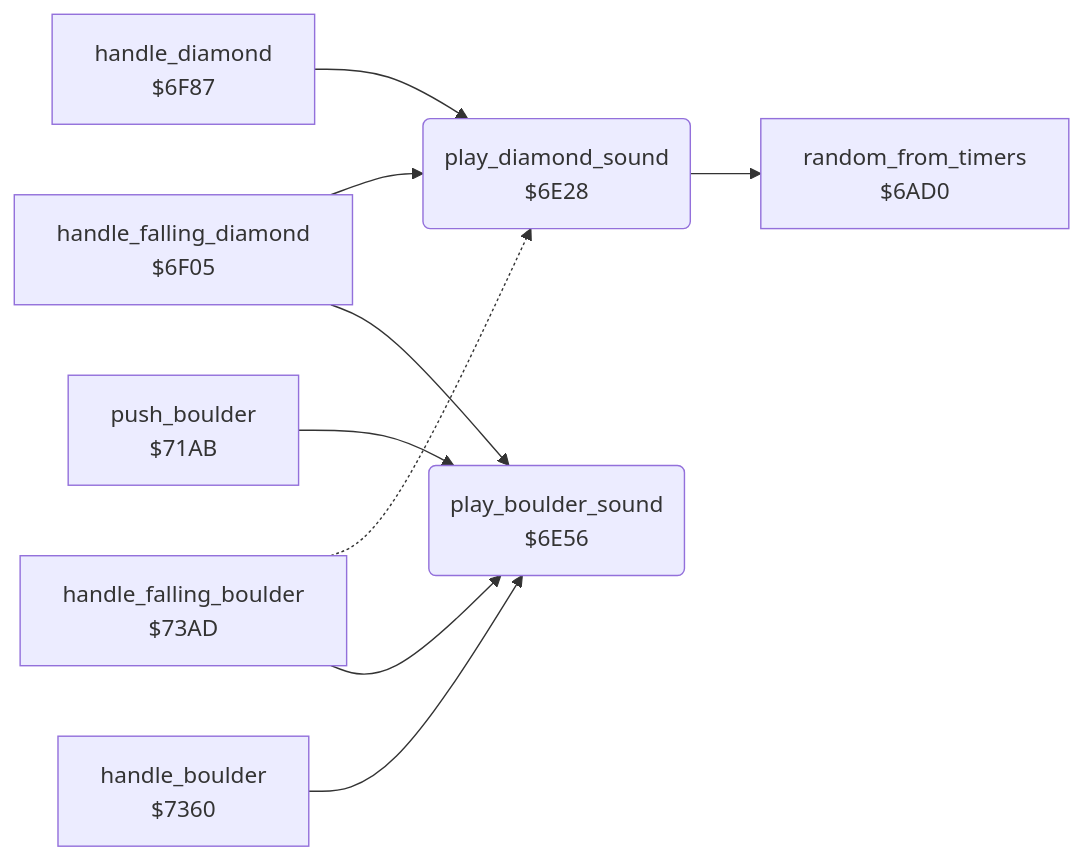
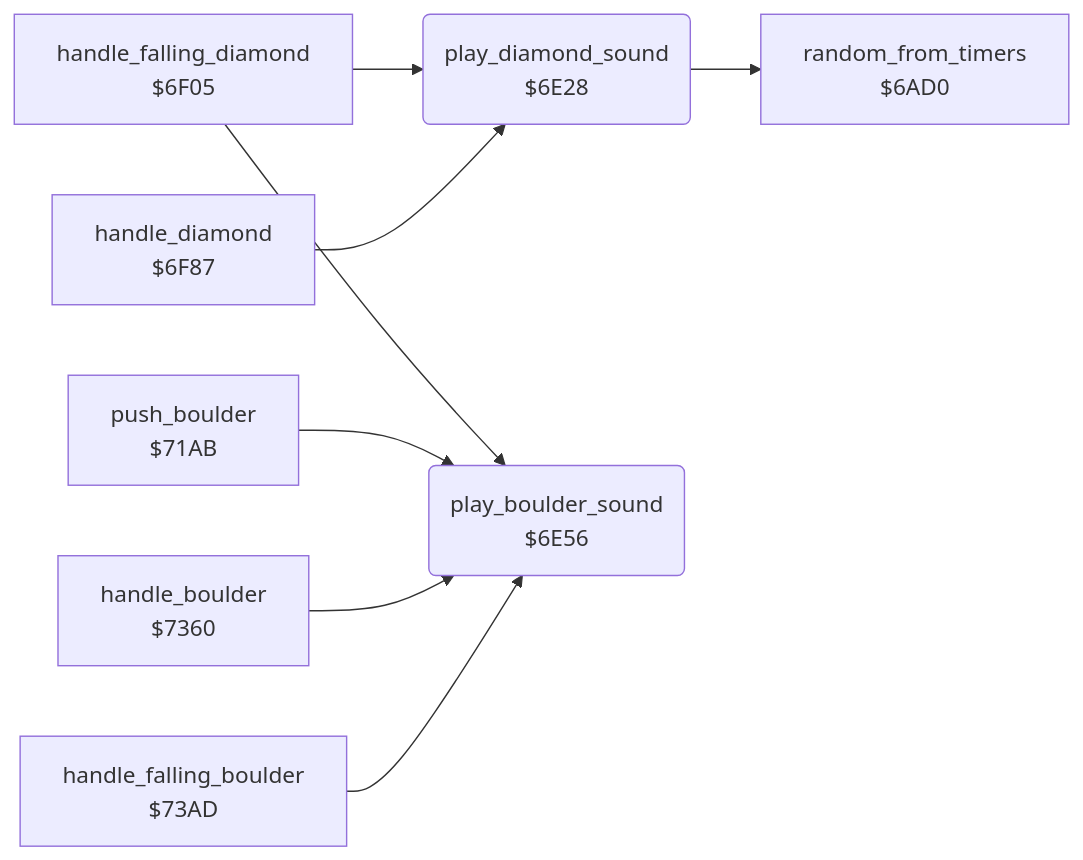
One commit to henols/c64_games changed the diagram in boulder_dash/v1/docs/reference/modules/sound/element_sounds.md. Above: the diagram before and after it, drawn with Mermaid. The commit also changed other lines of this file and 1100 other files, not shown here.

````diff
--- a/boulder_dash/v1/docs/reference/modules/sound/element_sounds.md
+++ b/boulder_dash/v1/docs/reference/modules/sound/element_sounds.md
@@ -10,19 +23,18 @@
 ```mermaid
 flowchart LR
   n6ad0["random_from_timers<br/>$6AD0"]
   n6e28("play_diamond_sound<br/>$6E28")
   n6e56("play_boulder_sound<br/>$6E56")
   n6f05["handle_falling_diamond<br/>$6F05"]
   n6f87["handle_diamond<br/>$6F87"]
   n71ab["push_boulder<br/>$71AB"]
   n7360["handle_boulder<br/>$7360"]
   n73ad["handle_falling_boulder<br/>$73AD"]
   n6e28 --> n6ad0
   n6f05 --> n6e28
   n6f05 --> n6e56
   n6f87 --> n6e28
   n71ab --> n6e56
   n7360 --> n6e56
-  n73ad -.-> n6e28
   n73ad --> n6e56
 ```
````
